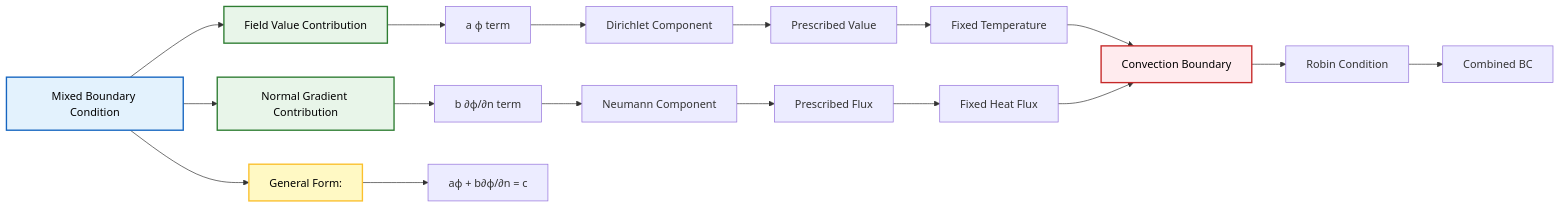
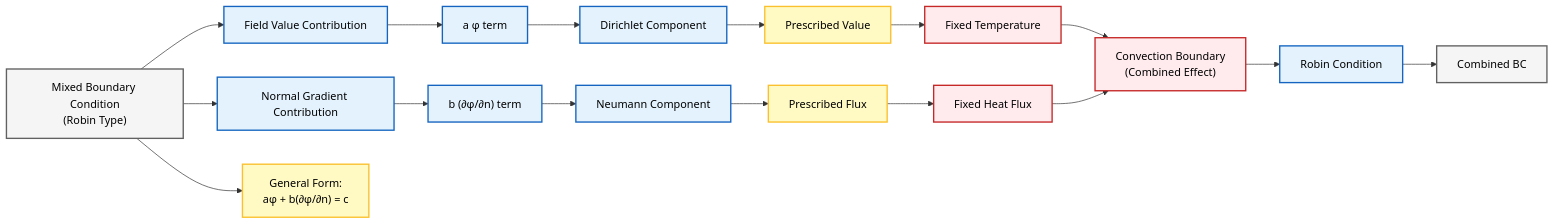
The fourth of 5 diagrams in MODULE_01_CFD_FUNDAMENTALS/CONTENT/03_BOUNDARY_CONDITIONS/04_Mathematical_Formulation.md (wramet/build-my-cfd), drawn with Mermaid before and after one commit. The commit also changed other lines of this file and 313 other files, not shown here.

Commit message:
Revise all diagram

````diff
--- a/MODULE_01_CFD_FUNDAMENTALS/CONTENT/03_BOUNDARY_CONDITIONS/04_Mathematical_Formulation.md
+++ b/MODULE_01_CFD_FUNDAMENTALS/CONTENT/03_BOUNDARY_CONDITIONS/04_Mathematical_Formulation.md
@@ -327,25 +311,26 @@
 ```mermaid
 graph LR
-    A["Mixed Boundary Condition"] --> B["Field Value Contribution"]
-    A --> C["Normal Gradient Contribution"]
-    B --> D["a ϕ term"]
-    C --> E["b ∂ϕ/∂n term"]
-    D --> F["Dirichlet Component"]
-    E --> G["Neumann Component"]
-    A --> H["General Form:"]
-    H --> I["aϕ + b∂ϕ/∂n = c"]
-    F --> J["Prescribed Value"]
-    G --> K["Prescribed Flux"]
-    J --> L["Fixed Temperature"]
-    K --> M["Fixed Heat Flux"]
-    L --> N["Convection Boundary"]
-    M --> N
-    N --> O["Robin Condition"]
-    O --> P["Combined BC"]
+A["Mixed Boundary Condition<br/>(Robin Type)"]:::context --> B["Field Value Contribution"]:::implicit
+A --> C["Normal Gradient Contribution"]:::implicit
+B --> D["a φ term"]:::implicit
+C --> E["b (∂φ/∂n) term"]:::implicit
+D --> F["Dirichlet Component"]:::implicit
+E --> G["Neumann Component"]:::implicit
+A --> H["General Form:<br/>aφ + b(∂φ/∂n) = c"]:::explicit
 
-    style A fill:#e3f2fd,stroke:#1565c0,stroke-width:2px,color:#000
-    style B fill:#e8f5e9,stroke:#2e7d32,stroke-width:2px,color:#000
-    style C fill:#e8f5e9,stroke:#2e7d32,stroke-width:2px,color:#000
-    style H fill:#fff9c4,stroke:#fbc02d,stroke-width:2px,color:#000
-    style N fill:#ffebee,stroke:#c62828,stroke-width:2px,color:#000
+F --> J["Prescribed Value"]:::explicit
+G --> K["Prescribed Flux"]:::explicit
+
+J --> L["Fixed Temperature"]:::volatile
+K --> M["Fixed Heat Flux"]:::volatile
+
+L --> N["Convection Boundary<br/>(Combined Effect)"]:::volatile
+M --> N
+N --> O["Robin Condition"]:::implicit
+O --> P["Combined BC"]:::context
+
+classDef context fill:#f5f5f5,stroke:#616161,stroke-width:2px,color:#000;
+classDef implicit fill:#e3f2fd,stroke:#1565c0,stroke-width:2px,color:#000;
+classDef explicit fill:#fff9c4,stroke:#fbc02d,stroke-width:2px,color:#000;
+classDef volatile fill:#ffebee,stroke:#c62828,stroke-width:2px,color:#000;
 ```
````
